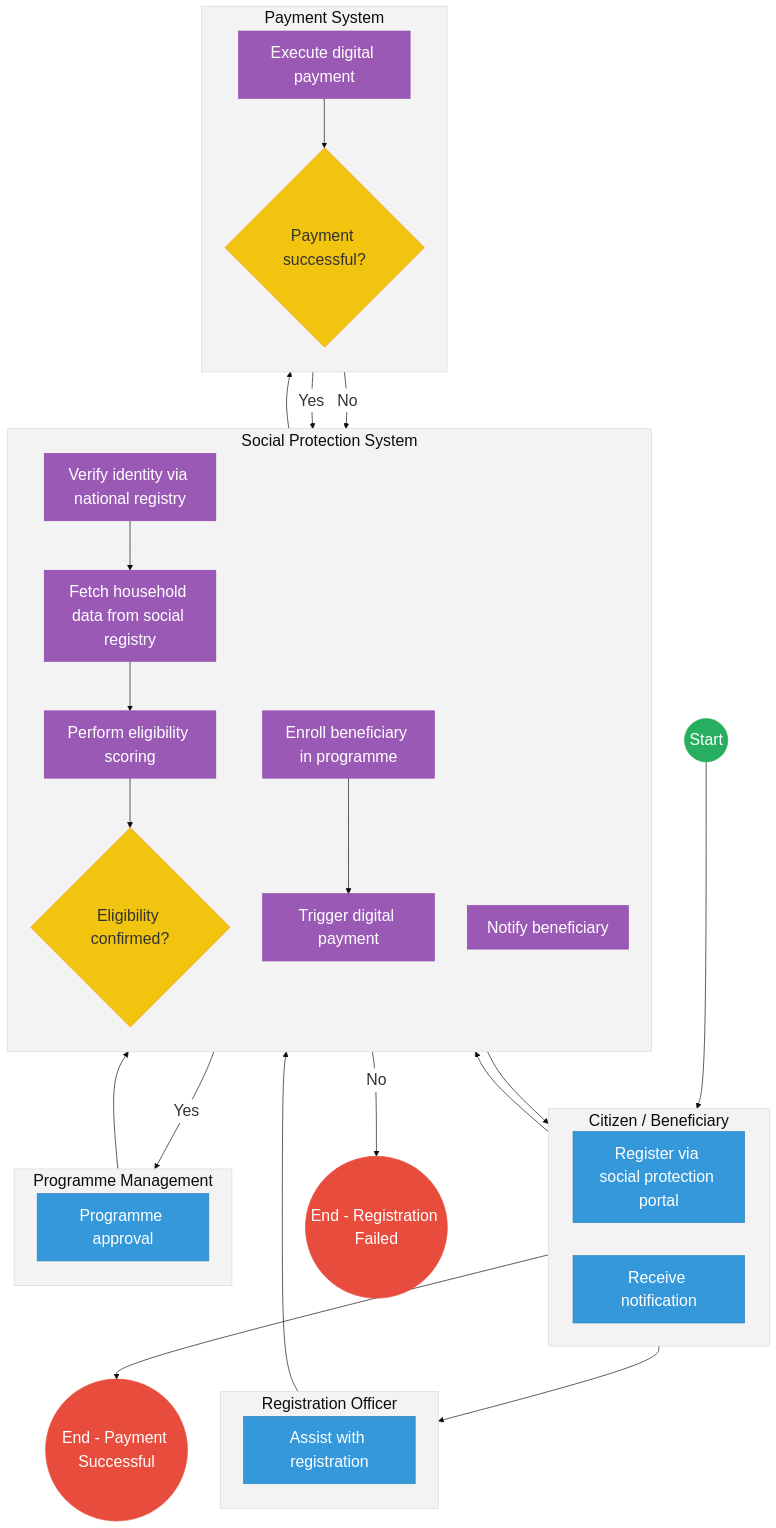
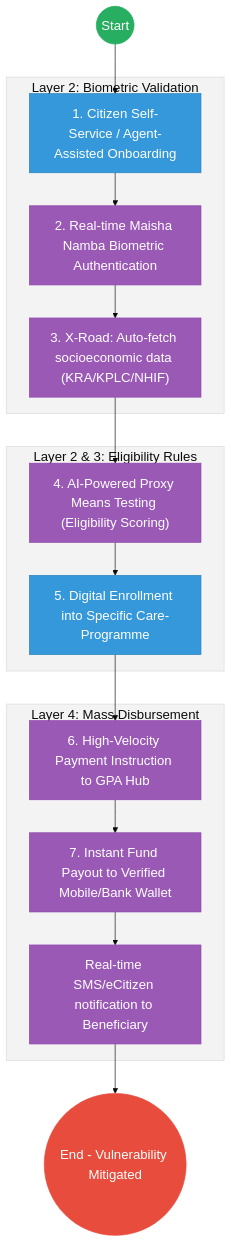
The second of 2 diagrams in mdas/docs_final/priority_mdas/State_Department_for_Special_Programmes___Service_Delivery.md (BITZ-IT-Consulting-LTD/ictapoc), drawn with Mermaid before and after one commit. The commit also changed other lines of this file and 37 other files, not shown here.

````diff
--- a/mdas/docs_final/priority_mdas/State_Department_for_Special_Programmes___Service_Delivery.md
+++ b/mdas/docs_final/priority_mdas/State_Department_for_Special_Programmes___Service_Delivery.md
@@ -165,78 +110,33 @@
 ```mermaid
-%%{init: { 'theme': 'base', 'themeVariables': { 'fontSize': '24px', 'fontFamily': 'Inter, system-ui, sans-serif', 'primaryColor': '#ffffff', 'edgeLabelBackground':'#ffffff', 'tertiaryColor': '#f3f3f3', 'mainBkg': '#ffffff', 'nodeBorder': '#333333' } } }%%
+%%{init: { 'theme': 'base', 'themeVariables': { 'fontSize': '20px', 'fontFamily': 'Inter, system-ui, sans-serif', 'primaryColor': '#ffffff', 'edgeLabelBackground':'#ffffff', 'tertiaryColor': '#f3f3f3', 'mainBkg': '#ffffff', 'nodeBorder': '#333333' } } }%%
 flowchart TD
-    %% Events
-    Start((Start))
-    EndSuccess(("End - Payment Successful"))
-    EndFail(("End - Registration Failed"))
-
-    subgraph Citizen["Citizen / Beneficiary"]
-        direction LR
-        RegPort["Register via social protection portal"]
-        RecNotif["Receive notification"]
+    Start((Start)) --> Portal["1. Citizen Self-Service / Agent-Assisted Onboarding"]
+    
+    subgraph Trust_Hub["Layer 2: Biometric Validation"]
+        Portal --> Verify["2. Real-time Maisha Namba Biometric Authentication"]
+        Verify --> Fetch["3. X-Road: Auto-fetch socioeconomic data (KRA/KPLC/NHIF)"]
     end
 
-    subgraph RegOfficer["Registration Officer"]
-        direction TB
-        AssistReg["Assist with registration"]
+    subgraph Operations["Layer 2 & 3: Eligibility Rules"]
+        Fetch --> Scoring["4. AI-Powered Proxy Means Testing (Eligibility Scoring)"]
+        Scoring --> Enroll["5. Digital Enrollment into Specific Care-Programme"]
     end
 
-    subgraph SocSystem["Social Protection System"]
-        direction TB
-        VerID["Verify identity via national registry"]
-        FetchData["Fetch household data from social registry"]
-        EligScore["Perform eligibility scoring"]
-        EligGateway{"Eligibility confirmed?"}
-        EnrollProg["Enroll beneficiary in programme"]
-        TrigPay["Trigger digital payment"]
-        NotifyBen["Notify beneficiary"]
+    subgraph Settlement["Layer 4: Mass Disbursement"]
+        Enroll --> GPA["6. High-Velocity Payment Instruction to GPA Hub"]
+        GPA --> Wallet["7. Instant Fund Payout to Verified Mobile/Bank Wallet"]
+        Wallet --> Notification["Real-time SMS/eCitizen notification to Beneficiary"]
     end
 
-    subgraph ProgMan["Programme Management"]
-        direction TB
-        ProgAppr["Programme approval"]
-    end
+    Notification --> EndProcess(("End - Vulnerability Mitigated"))
 
-    subgraph PaySystem["Payment System"]
-        direction TB
-        ExecPay["Execute digital payment"]
-        PayGateway{"Payment successful?"}
-    end
-
-    %% Flow connections
-    Start --> RegPort
-    RegPort --> AssistReg
-    RegPort --> VerID
-    AssistReg --> VerID
+    classDef start fill:#27ae60,stroke:#27ae60,color:#fff,font-size:20px;;
+    classDef endNode fill:#e74c3c,stroke:#e74c3c,color:#fff,font-size:20px;;
+    classDef userTask fill:#3498db,stroke:#2980b9,color:#fff,font-size:20px;;
+    classDef serviceTask fill:#9b59b6,stroke:#8e44ad,color:#fff,font-size:20px;;
     
-    VerID --> FetchData
-    FetchData --> EligScore
-    EligScore --> EligGateway
-    
-    EligGateway -- "No" --> EndFail
-    EligGateway -- "Yes" --> ProgAppr
-    
-    ProgAppr --> EnrollProg
-    EnrollProg --> TrigPay
-    TrigPay --> ExecPay
-    
-    ExecPay --> PayGateway
-    PayGateway -- "No" --> TrigPay
-    PayGateway -- "Yes" --> NotifyBen
-    
-    NotifyBen --> RecNotif
-    RecNotif --> EndSuccess
-
-    %% Styling
-    classDef startEvent fill:#27ae60,stroke:#27ae60,color:#fff,font-size:24px,font-size:24px;;
-    classDef endEvent fill:#e74c3c,stroke:#e74c3c,color:#fff,font-size:24px,font-size:24px;;
-    classDef userTask fill:#3498db,stroke:#2980b9,color:#fff,font-size:24px,font-size:24px;;
-    classDef serviceTask fill:#9b59b6,stroke:#8e44ad,color:#fff,font-size:24px,font-size:24px;;
-    classDef gateway fill:#f1c40f,stroke:#f39c12,color:#333,font-size:24px,font-size:24px;;
-    
-    class Start startEvent;
-    class EndSuccess,EndFail endEvent;
-    class EligGateway,PayGateway gateway;
-    class VerID,FetchData,EligScore,EnrollProg,TrigPay,NotifyBen,ExecPay serviceTask;
-    class RegPort,AssistReg,ProgAppr,RecNotif userTask;
+    class Start start;
+    class EndProcess endNode;
+    class Portal,Enroll userTask;
+    class Verify,Fetch,Scoring,GPA,Wallet,Notification serviceTask;
 ```
````
